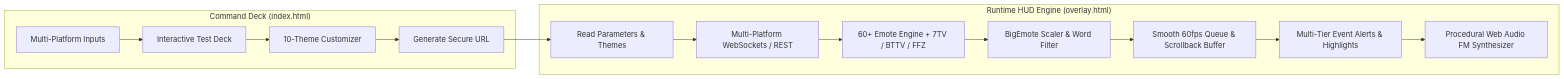
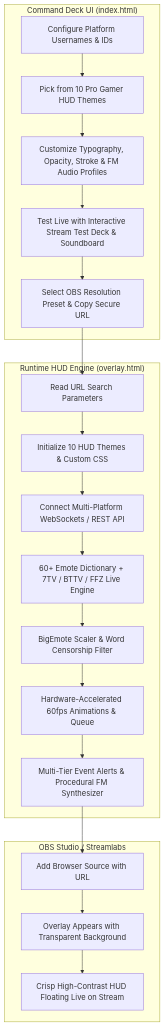
Before and after one commit to GamingOP69/Chat-overlay: the first of 2 diagrams in HOW_TO_USE.mmd, drawn with Mermaid. The commit also changed other lines of this file and 2 other files, not shown here.

First line of the commit message:
Refactor StreamChat Overlay documentation and enhance overlay functionality

````diff
--- a/HOW_TO_USE.mmd
+++ b/HOW_TO_USE.mmd
@@ -14,21 +3,26 @@
 ```mermaid
-flowchart LR
-  subgraph Config ["Command Deck (index.html)"]
-    S1[Multi-Platform Inputs]
-    S2[Interactive Test Deck]
-    S3[10-Theme Customizer]
-    S4[Generate Secure URL]
+flowchart TD
+  subgraph Config ["Command Deck UI (index.html)"]
+    A[Configure Platform Usernames & IDs] --> B[Pick from 10 Pro Gamer HUD Themes]
+    B --> C[Customize Typography, Opacity, Stroke & FM Audio Profiles]
+    C --> D[Test Live with Interactive Stream Test Deck & Soundboard]
+    D --> E[Select OBS Resolution Preset & Copy Secure URL]
   end
 
   subgraph Engine ["Runtime HUD Engine (overlay.html)"]
-    R1[Read Parameters & Themes]
-    R2[Multi-Platform WebSockets / REST]
-    R3[60+ Emote Engine + 7TV / BTTV / FFZ]
-    R4[BigEmote Scaler & Word Filter]
-    R5[Smooth 60fps Queue & Scrollback Buffer]
-    R6[Multi-Tier Event Alerts & Highlights]
-    R7[Procedural Web Audio FM Synthesizer]
+    F[Read URL Search Parameters] --> G[Initialize 10 HUD Themes & Custom CSS]
+    G --> H[Connect Multi-Platform WebSockets / REST API]
+    H --> I[60+ Emote Dictionary + 7TV / BTTV / FFZ Live Engine]
+    I --> J[BigEmote Scaler & Word Censorship Filter]
+    J --> K[Hardware-Accelerated 60fps Animations & Queue]
+    K --> L[Multi-Tier Event Alerts & Procedural FM Synthesizer]
   end
 
-  S1 --> S2 --> S3 --> S4 --> R1 --> R2 --> R3 --> R4 --> R5 --> R6 --> R7
+  subgraph Stream ["OBS Studio / Streamlabs"]
+    M[Add Browser Source with URL] --> N[Overlay Appears with Transparent Background]
+    N --> O[Crisp High-Contrast HUD Floating Live on Stream]
+  end
+
+  E --> F
+  L --> M
 ```
````
